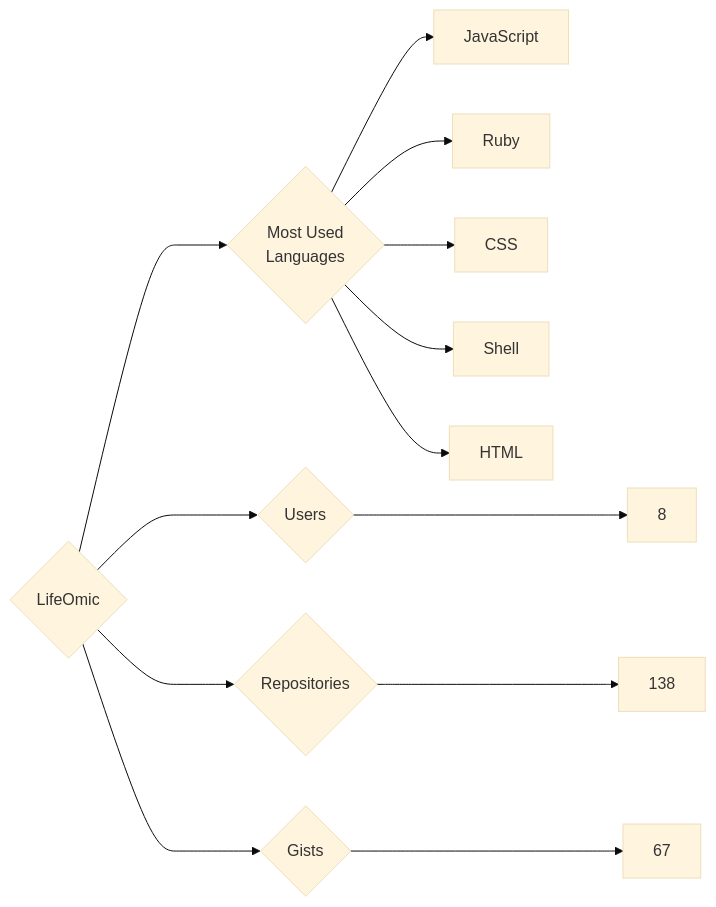
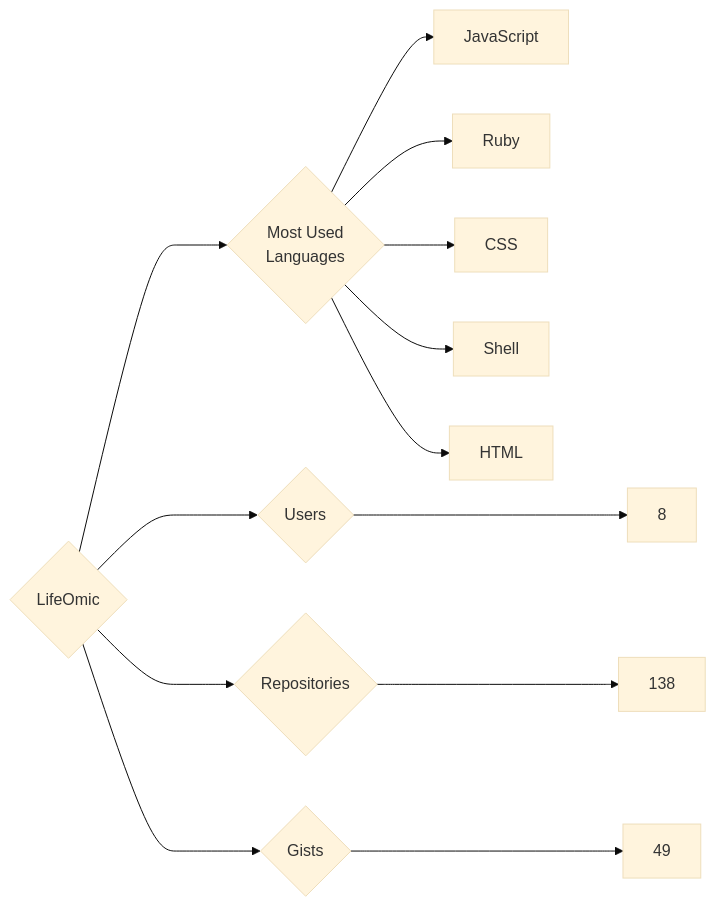
Before and after one commit to trickest/insiders: the diagram in targets/LifeOmic/README.md, drawn with Mermaid (base theme). The commit also changed 622 other files, not shown here.

````diff
--- a/targets/LifeOmic/README.md
+++ b/targets/LifeOmic/README.md
@@ -3,13 +3,13 @@
 ```mermaid
 graph LR
 COMPANY_NAME{LifeOmic}
 COMPANY_NAME ---> U{Users} ---> UN[8]
 COMPANY_NAME ---> R{Repositories} ---> RN[138]
-COMPANY_NAME ---> G{Gists} ---> GN[67]
+COMPANY_NAME ---> G{Gists} ---> GN[49]
 COMPANY_NAME ---> ML{Most Used<br>Languages}
 ML --> JavaScript[JavaScript]
 ML --> Ruby[Ruby]
 ML --> CSS[CSS]
 ML --> Shell[Shell]
 ML --> HTML[HTML]
 ```
````
